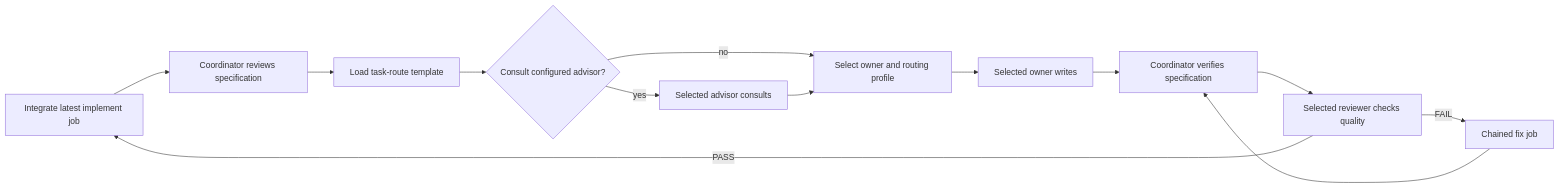
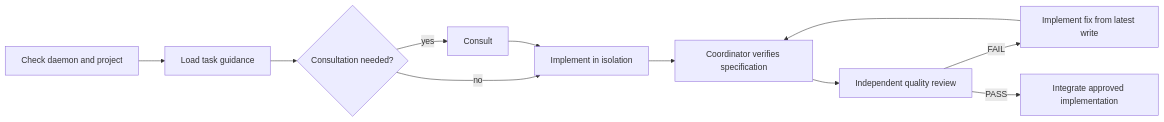
One commit to sitien173/refract changed the diagram in plugin/README.md. Above: the diagram before and after it, drawn with Mermaid. The commit also changed other lines of this file and 21 other files, not shown here.

````diff
--- a/plugin/README.md
+++ b/plugin/README.md
@@ -15,15 +9,13 @@
 ```mermaid
 flowchart LR
-    I[Initialize and register project] --> P[Coordinator reviews specification]
-    P --> T[Load task-route template]
-    T --> C{Consult configured advisor?}
-    C -->|yes| S[Selected advisor consults]
-    C -->|no| R[Select owner and routing profile]
-    S --> R
-    R --> W[Selected owner writes]
-    W --> V[Coordinator verifies specification]
-    V --> Q[Selected reviewer checks quality]
-    Q -->|FAIL| F[Chained fix job]
-    F --> V
-    Q -->|PASS| I[Integrate latest implement job]
+    A[Check daemon and project] --> G[Load task guidance]
+    G --> C{Consultation needed?}
+    C -->|yes| D[Consult]
+    C -->|no| I[Implement in isolation]
+    D --> I
+    I --> S[Coordinator verifies specification]
+    S --> R[Independent quality review]
+    R -->|FAIL| F[Implement fix from latest write]
+    F --> S
+    R -->|PASS| M[Integrate approved implementation]
 ```
````
